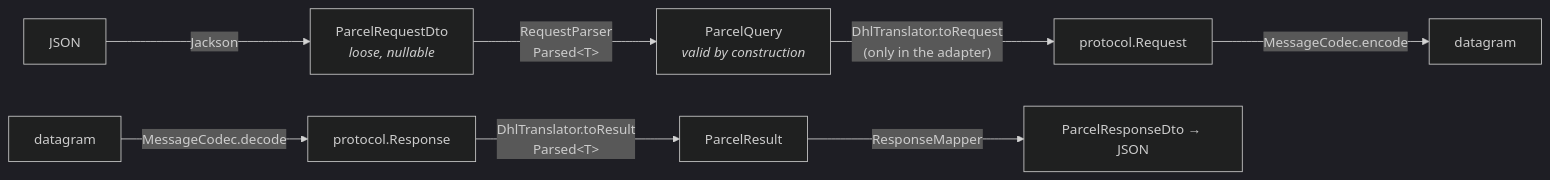
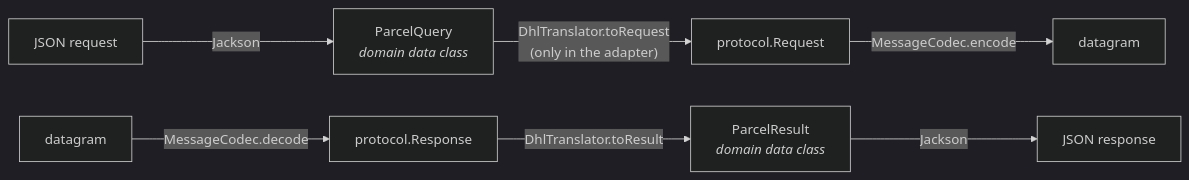
The third of 12 diagrams in README.md (ndgynxjnsn-alt/waylo), drawn with Mermaid (dark theme) before and after one commit. The commit also changed other lines of this file and 14 other files, not shown here.

First line of the commit message:
Simplify: deserialize JSON directly into plain domain data classes

````diff
--- a/README.md
+++ b/README.md
@@ -74,10 +73,9 @@
 ```mermaid
 flowchart LR
-    json["JSON"] -->|Jackson| dto["ParcelRequestDto<br/><i>loose, nullable</i>"]
-    dto -->|"RequestParser<br/>Parsed&lt;T&gt;"| domain["ParcelQuery<br/><i>valid by construction</i>"]
+    json["JSON request"] -->|Jackson| domain["ParcelQuery<br/><i>domain data class</i>"]
     domain -->|"DhlTranslator.toRequest<br/>(only in the adapter)"| wire["protocol.Request"]
     wire -->|MessageCodec.encode| bytes["datagram"]
     bytes2["datagram"] -->|MessageCodec.decode| wire2["protocol.Response"]
-    wire2 -->|"DhlTranslator.toResult<br/>Parsed&lt;T&gt;"| result["ParcelResult"]
-    result -->|ResponseMapper| out["ParcelResponseDto → JSON"]
+    wire2 -->|DhlTranslator.toResult| result["ParcelResult<br/><i>domain data class</i>"]
+    result -->|Jackson| out["JSON response"]
 ```
````
